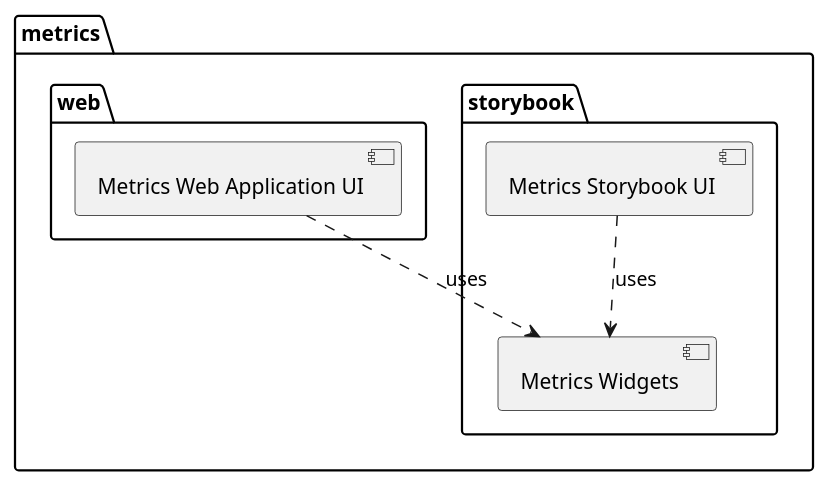
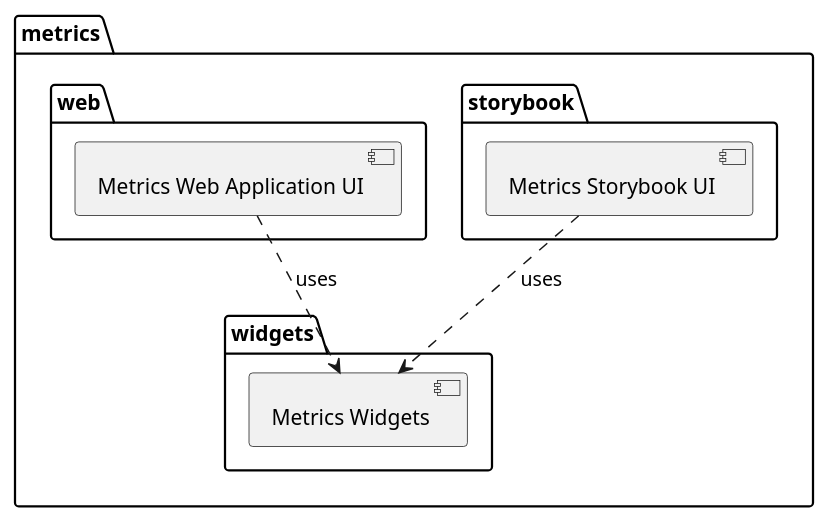
Before and after one commit to Flank/flank-dashboard: the diagram in metrics/web/docs/features/storybook/diagrams/metrics_storybook_web_relation_diagram.puml, drawn with PlantUML. The commit also changed 1 other file, not shown here.

Commit message:
fix: Improve the Metrics Storybook analysis document (#1456)
* Fix Storybook relation diagram

* Minor fix

* Prototyping and system modeling improvements

* Minor improvements

* Minor pubspec improvements

* Fix link to point master

```diff
--- a/metrics/web/docs/features/storybook/diagrams/metrics_storybook_web_relation_diagram.puml
+++ b/metrics/web/docs/features/storybook/diagrams/metrics_storybook_web_relation_diagram.puml
@@ -1,13 +1,16 @@
 @startuml metrics_storybook_web_relation_diagram
 
 package "metrics" {
+  package "widgets" {  
+    [Metrics Widgets]
+  }
   package "storybook" {
     [Metrics Storybook UI] ..> [Metrics Widgets] : uses
   }
 
   package "web" {
     [Metrics Web Application UI] ..> [Metrics Widgets] : uses
   }
 }
 
 @enduml
```
